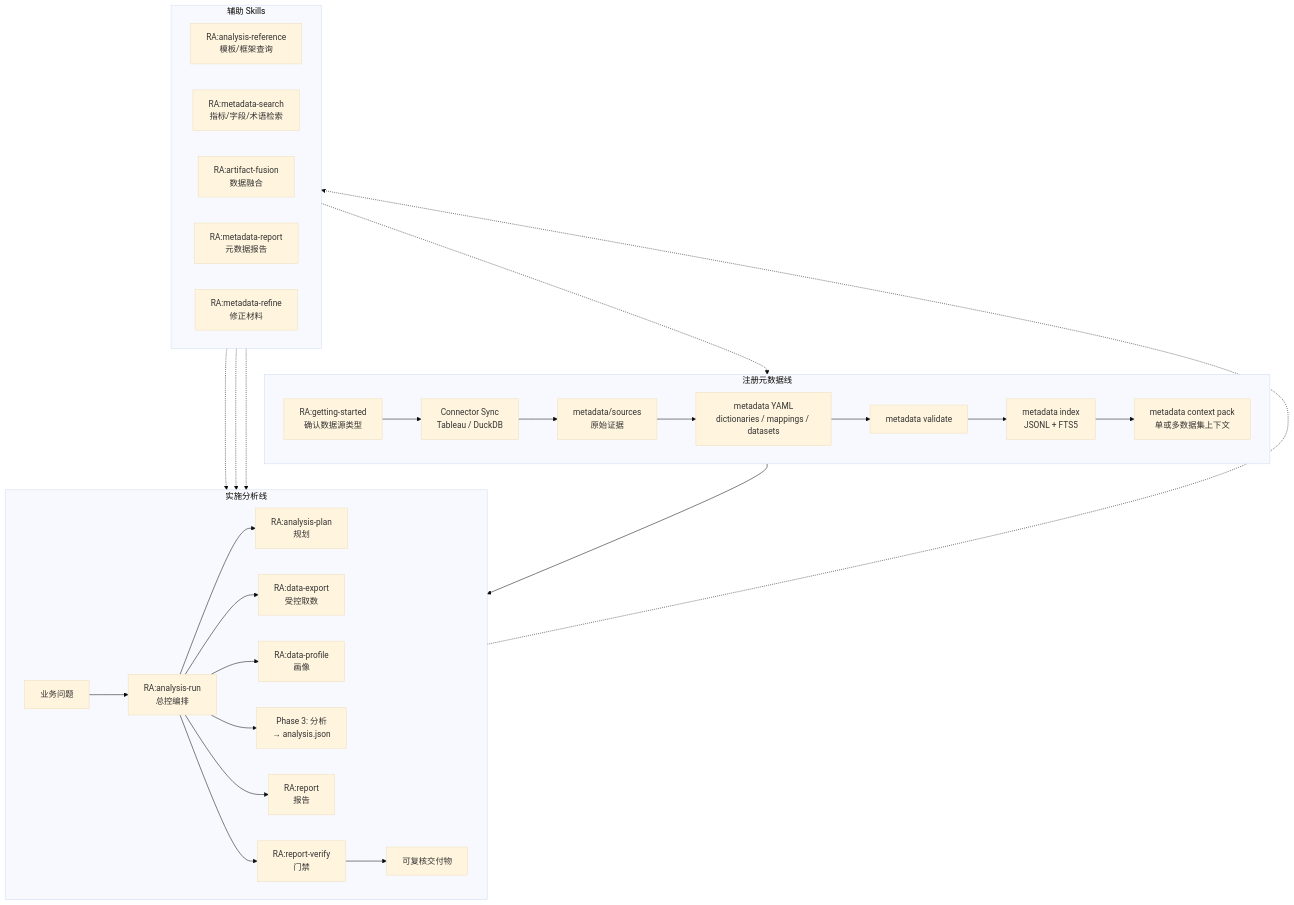
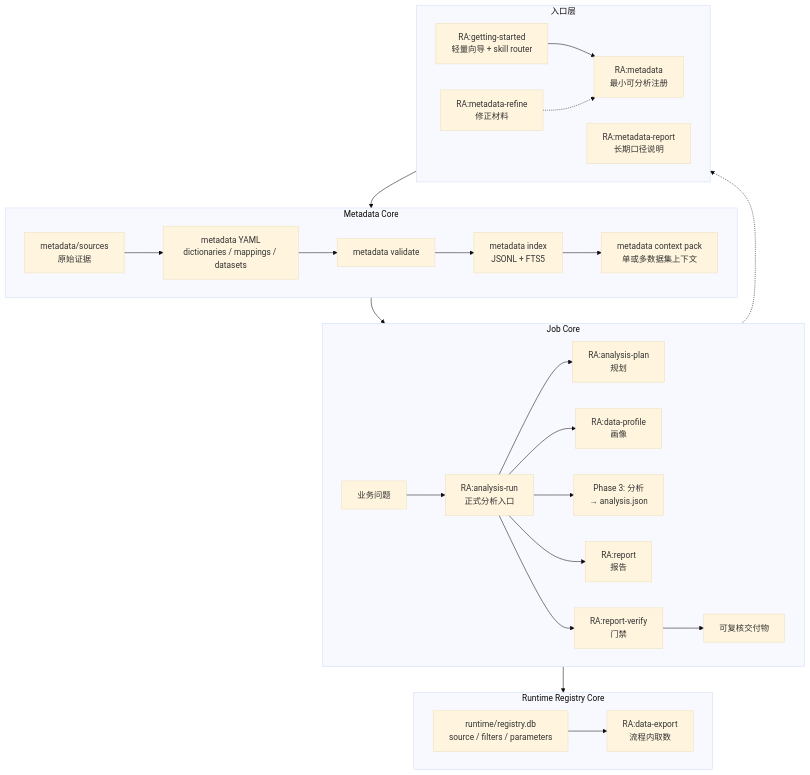
One commit to dabaige53/RealAnalyst changed the first of 3 diagrams in skills/README.md. Above: the diagram before and after it, drawn with Mermaid (base theme). The commit also changed other lines of this file and 30 other files, not shown here.

Commit message:
Refine RealAnalyst skill routing and core docs

````diff
--- a/skills/README.md
+++ b/skills/README.md
@@ -31,40 +37,41 @@
 ```mermaid
 flowchart TB
-    subgraph MetadataLine["注册元数据线"]
+    subgraph MetadataCore["Metadata Core"]
         direction LR
-        GS["RA:getting-started<br/>确认数据源类型"] --> Sync["Connector Sync<br/>Tableau / DuckDB"]
-        Sync --> Sources["metadata/sources<br/>原始证据"]
-        Sources --> YAML["metadata YAML<br/>dictionaries / mappings / datasets"]
+        Sources["metadata/sources<br/>原始证据"] --> YAML["metadata YAML<br/>dictionaries / mappings / datasets"]
         YAML --> Validate["metadata validate"]
         Validate --> Index["metadata index<br/>JSONL + FTS5"]
         Index --> Context["metadata context pack<br/>单或多数据集上下文"]
     end
 
-    subgraph AnalysisLine["实施分析线"]
+    subgraph RegistryCore["Runtime Registry Core"]
         direction LR
-        Request["业务问题"] --> AR["RA:analysis-run<br/>总控编排"]
+        Registry["runtime/registry.db<br/>source / filters / parameters"] --> Export["RA:data-export<br/>流程内取数"]
+    end
+
+    subgraph JobCore["Job Core"]
+        direction LR
+        Request["业务问题"] --> AR["RA:analysis-run<br/>正式分析入口"]
         AR --> Plan["RA:analysis-plan<br/>规划"]
-        AR --> Export["RA:data-export<br/>受控取数"]
+        AR --> Export
         AR --> Profile["RA:data-profile<br/>画像"]
         AR --> Analysis["Phase 3: 分析<br/>→ analysis.json"]
         AR --> Report["RA:report<br/>报告"]
         AR --> Verify["RA:report-verify<br/>门禁"]
         Verify --> Delivery["可复核交付物"]
     end
 
-    subgraph Support["辅助 Skills"]
+    subgraph Entry["入口层"]
         direction LR
-        Ref["RA:analysis-reference<br/>模板/框架查询"]
-        MSrch["RA:metadata-search<br/>指标/字段/术语检索"]
-        Fusion["RA:artifact-fusion<br/>数据融合"]
-        MR["RA:metadata-report<br/>元数据报告"]
+        GS["RA:getting-started<br/>轻量向导 + skill router"]
+        M["RA:metadata<br/>最小可分析注册"]
+        MR["RA:metadata-report<br/>长期口径说明"]
         Refine["RA:metadata-refine<br/>修正材料"]
     end
 
+    GS --> M
+    M --> YAML
     Context --> AR
-    Ref -.-> Plan
-    Ref -.-> Report
-    Fusion -.-> Profile
     Analysis -.-> Refine
-    Refine -.-> YAML
+    Refine -.-> M
 ```
````
